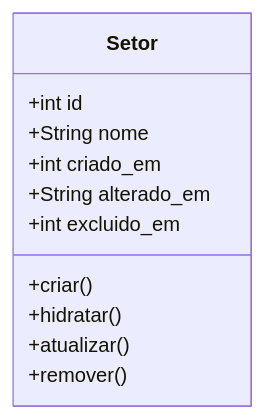
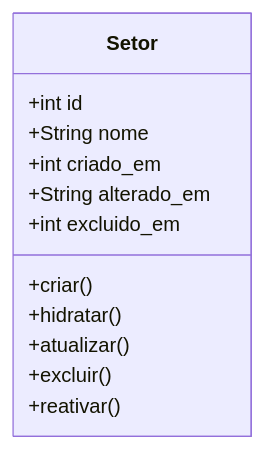
The second of 3 diagrams in README.md (gab-szz/fastify-gerenciamento-de-usuarios-port), drawn with Mermaid before and after one commit.

Commit message:
Atualiza diagrama de classes para a entidade Setor, renomeando método 'remover' para 'excluir' e adicionando método 'reativar'.

````diff
--- a/README.md
+++ b/README.md
@@ -69,16 +69,17 @@
 ```mermaid
 classDiagram
 direction TB
     class Setor {
 	    +int id
 	    +String nome
       +int criado_em
 	    +String alterado_em
       +int excluido_em
 	    +criar()
       +hidratar()
 	    +atualizar()
-      +remover()
+      +excluir()
+      +reativar()
     }
 
 ```
````
